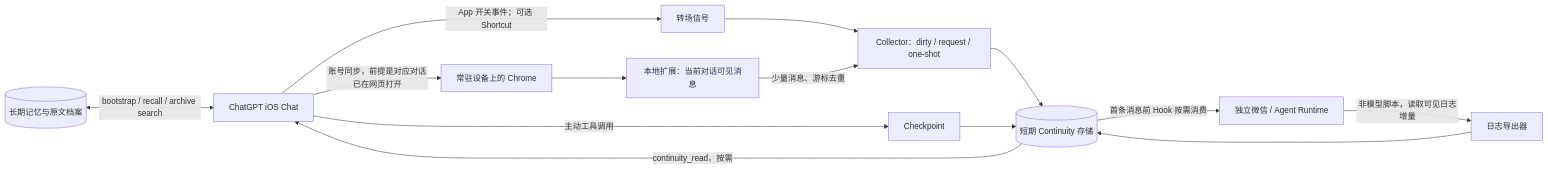
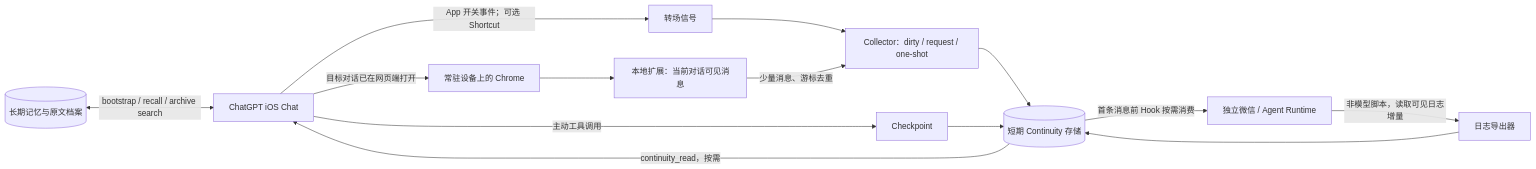
The diagram in README.md (Elisekaiu/Cross-entry-continuity), drawn with Mermaid before and after one commit. The commit also changed other lines of this file and 7 other files, not shown here.

````diff
--- a/README.md
+++ b/README.md
@@ -37,16 +39,16 @@
 ```mermaid
 flowchart LR
     A[ChatGPT iOS Chat] -->|App 开关事件；可选 Shortcut| S[转场信号]
-    A -->|账号同步，前提是对应对话已在网页打开| B[常驻设备上的 Chrome]
+    A -->|目标对话已在网页端打开| B[常驻设备上的 Chrome]
     B --> C[本地扩展：当前对话可见消息]
     S --> D[Collector：dirty / request / one-shot]
     C -->|少量消息、游标去重| D
     A -->|主动工具调用| P[Checkpoint]
     D --> T[(短期 Continuity 存储)]
     P --> T
     T -->|首条消息前 Hook 按需消费| W[独立微信 / Agent Runtime]
     W -->|非模型脚本，读取可见日志增量| E[日志导出器]
     E --> T
     T -->|continuity_read，按需| A
     M[(长期记忆与原文档案)] <-->|bootstrap / recall / archive search| A
 ```
````
